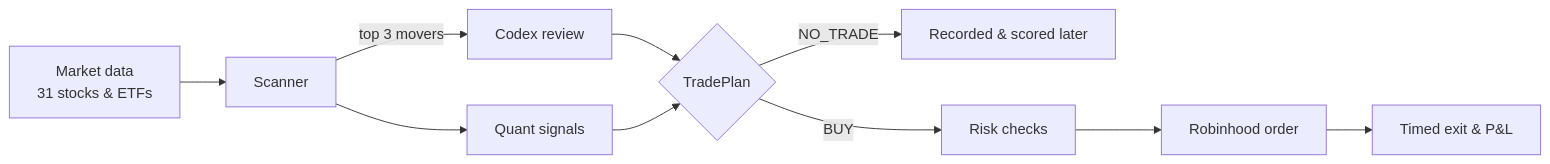
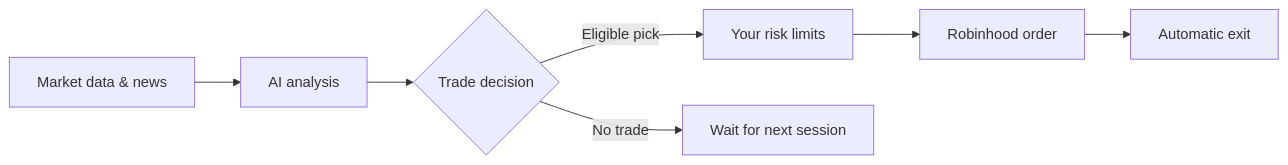
One commit to danielye0010/TradeAgent changed the diagram in README.md. Above: the diagram before and after it, drawn with Mermaid. The commit also changed other lines of this file and 1 other file, not shown here.

````diff
--- a/README.md
+++ b/README.md
@@ -33,12 +25,9 @@
 ```mermaid
 flowchart LR
-    A[Market data<br/>31 stocks & ETFs] --> B[Scanner]
-    B -->|top 3 movers| C[Codex review]
-    B --> D[Quant signals]
-    C --> E{TradePlan}
-    D --> E
-    E -->|NO_TRADE| F[Recorded & scored later]
-    E -->|BUY| G[Risk checks]
-    G --> H[Robinhood order]
-    H --> I[Timed exit & P&L]
+    A[Market data & news] --> B[AI analysis]
+    B --> C{Trade decision}
+    C -->|Eligible pick| D[Your risk limits]
+    C -->|No trade| E[Wait for next session]
+    D --> F[Robinhood order]
+    F --> G[Automatic exit]
 ```
````
